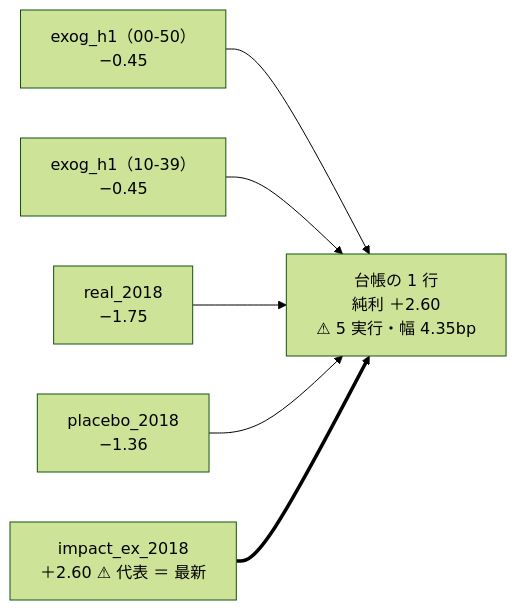
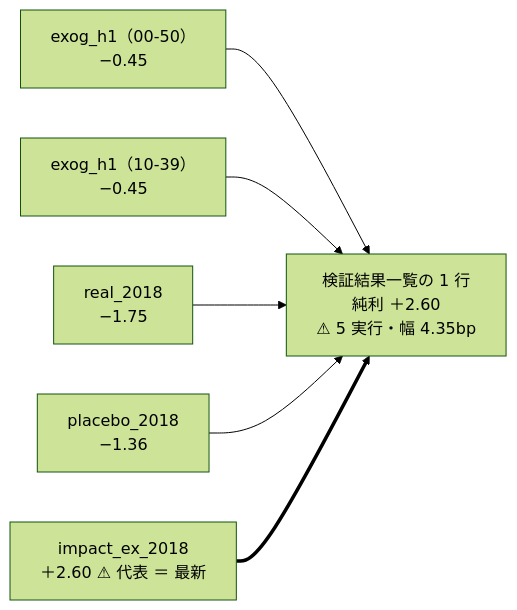
One commit to akiraak/ai-income-lab changed the ninth of 9 diagrams in docs/specs/experiments/feature-discovery/units.md. Above: the diagram before and after it, drawn with Mermaid (forest theme). The commit also changed other lines of this file and 52 other files, not shown here.

````diff
--- a/docs/specs/experiments/feature-discovery/units.md
+++ b/docs/specs/experiments/feature-discovery/units.md
@@ -318,8 +318,8 @@
 ```mermaid
 flowchart LR
-  E1["exog_h1（00-50）<br/>−0.45"] --> T["台帳の 1 行<br/>純利 ＋2.60<br/>⚠ 5 実行・幅 4.35bp"]
+  E1["exog_h1（00-50）<br/>−0.45"] --> T["検証結果一覧の 1 行<br/>純利 ＋2.60<br/>⚠ 5 実行・幅 4.35bp"]
   E2["exog_h1（10-39）<br/>−0.45"] --> T
   R["real_2018<br/>−1.75"] --> T
   P["placebo_2018<br/>−1.36"] --> T
   I["impact_ex_2018<br/>＋2.60 ⚠ 代表 ＝ 最新"] ==> T
 ```
````
